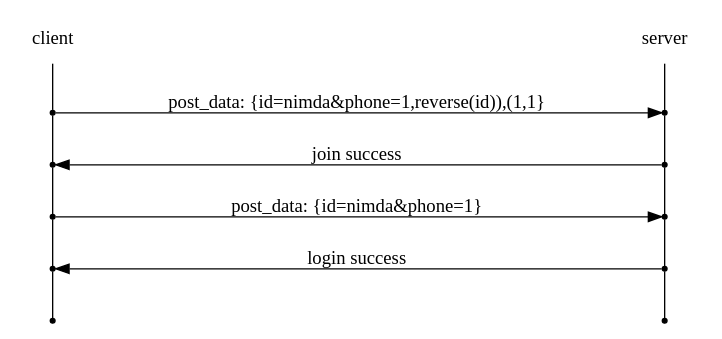
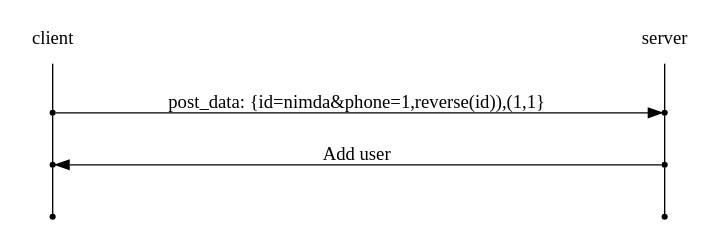
Before and after one commit to joizel/ctf_writeup: the diagram in docs/web/Base SQL Injection/[webhacking] 59.rst, drawn with Graphviz. The commit also changed other lines of this file and 13 other files, not shown here.

```diff
--- a/docs/web/Base SQL Injection/[webhacking] 59.rst
+++ b/docs/web/Base SQL Injection/[webhacking] 59.rst
@@ -7,23 +7,21 @@
 .. graphviz::
 
     digraph G {
         rankdir="LR";
         node[shape="point"];
         edge[arrowhead="none"]
 
         {
             rank="same";
             "client"[shape="plaintext"];
-            "client" -> step0 -> step2 -> step4 -> step6 -> step8;
+            "client" -> step0 -> step2 -> step4;
         }
 
         {
             rank="same";
             "server"[shape="plaintext"];
-            "server" -> step1 -> step3 -> step5 -> step7 -> step9;
+            "server" -> step1 -> step3 -> step5;
         }
         step0 -> step1[label="post_data: {id=nimda&phone=1,reverse(id)),(1,1}",arrowhead="normal"];
-        step3 -> step2[label="join success",arrowhead="normal"];
-        step4 -> step5[label="post_data: {id=nimda&phone=1}",arrowhead="normal"];
-        step7 -> step6[label="login success",arrowhead="normal"];
+        step3 -> step2[label="Add user",arrowhead="normal"];
     }
```
